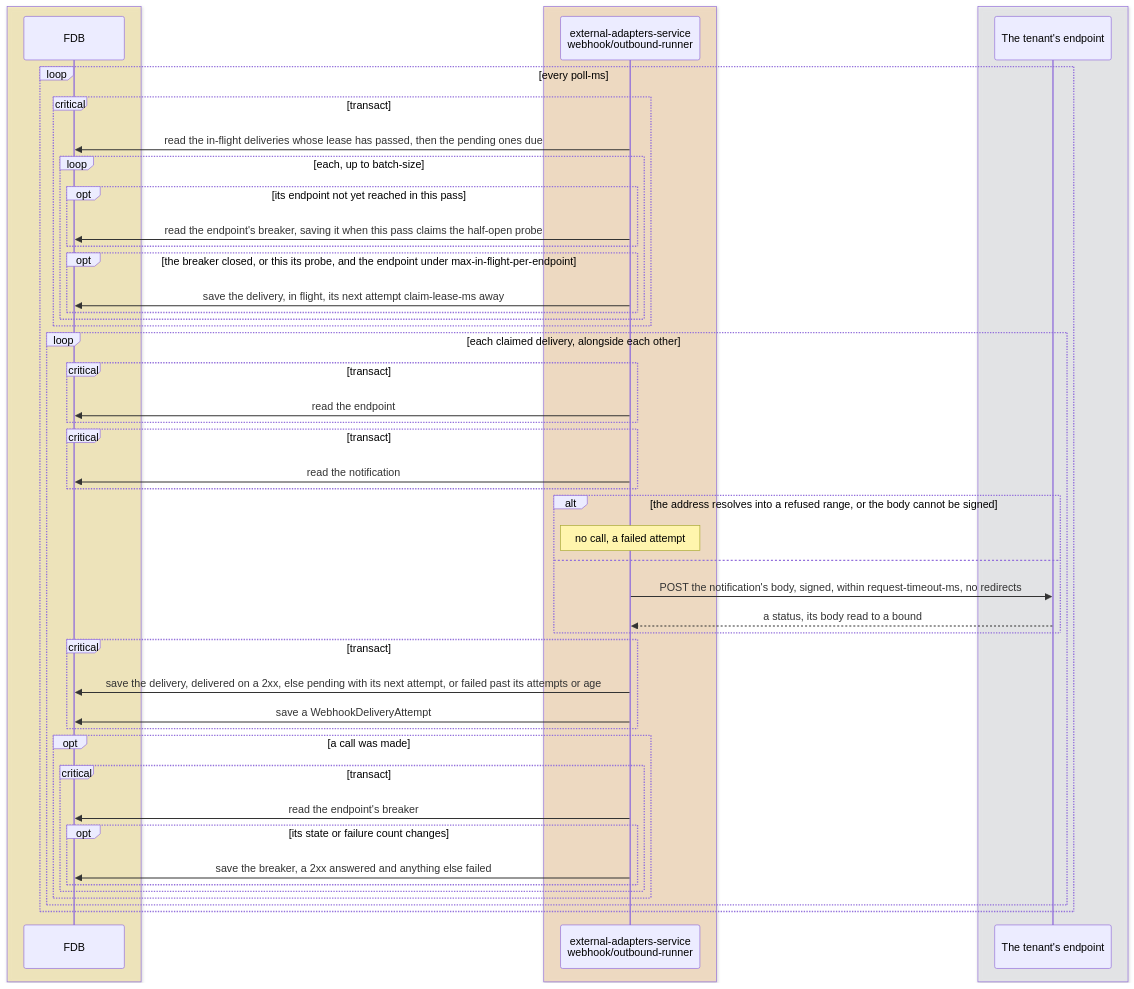
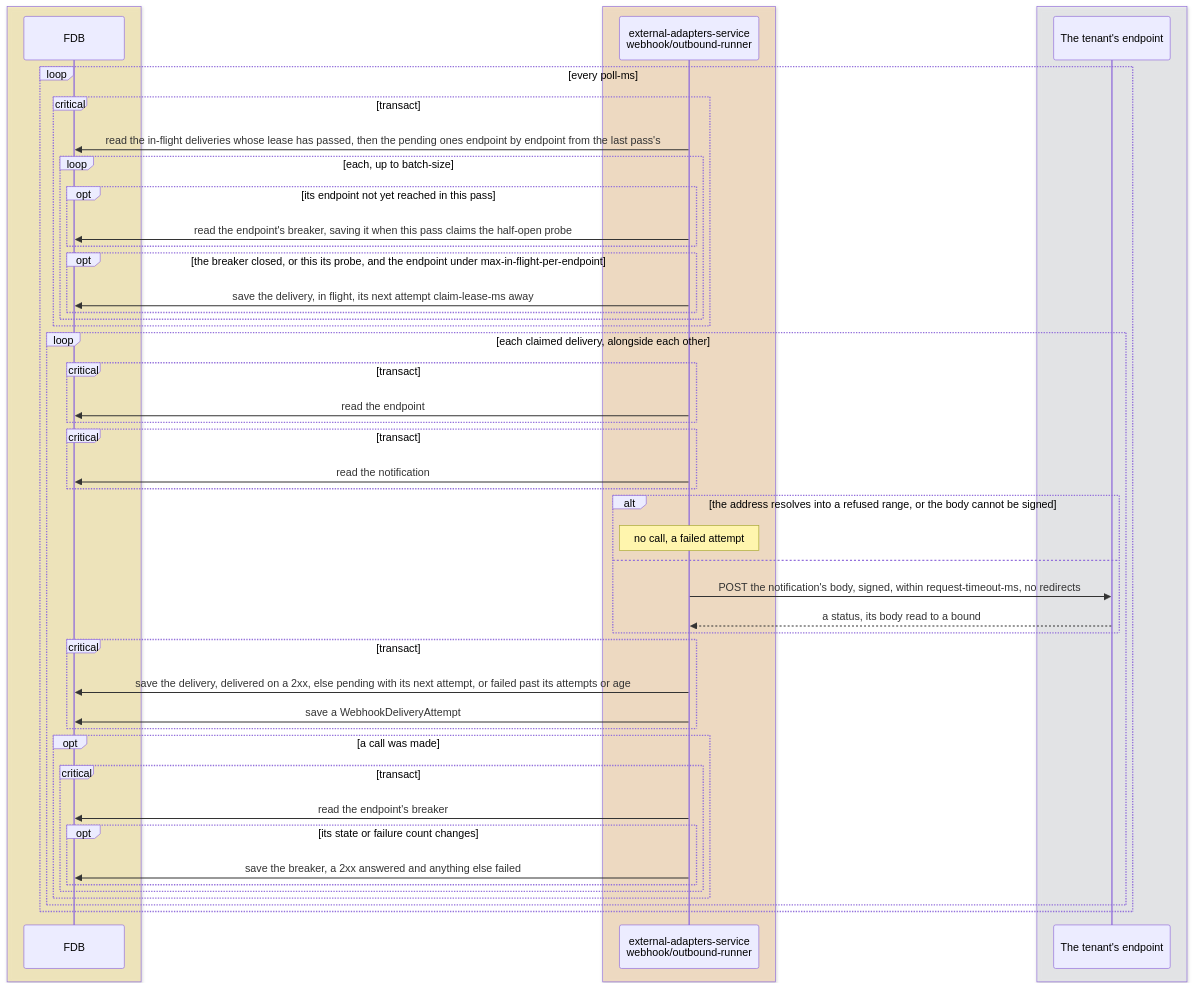
Before and after one commit to repldriven/queenswood: the third of 3 diagrams in docs/tdd/webhooks.md, drawn with Mermaid. The commit also changed other lines of this file and 27 other files, not shown here.

First line of the commit message:
Queue again only what failed, backfill in pages, limit test notifications, and claim webhook deliveries endpoint by endpoint (#890)

````diff
--- a/docs/tdd/webhooks.md
+++ b/docs/tdd/webhooks.md
@@ -504,51 +510,51 @@
 ```mermaid
 sequenceDiagram
     box rgba(255, 236, 153, 0.5)
     participant DB as FDB
     end
     box rgba(255, 216, 168, 0.5)
     participant WR as external-adapters-service<br/>webhook/outbound-runner
     end
     box rgba(233, 236, 239, 0.5)
     participant E as The tenant's endpoint
     end
     loop every poll-ms
     critical transact
-    WR->>DB: read the in-flight deliveries whose lease has passed, then the pending ones due
+    WR->>DB: read the in-flight deliveries whose lease has passed, then the pending ones endpoint by endpoint from the last pass's
     loop each, up to batch-size
     opt its endpoint not yet reached in this pass
     WR->>DB: read the endpoint's breaker, saving it when this pass claims the half-open probe
     end
     opt the breaker closed, or this its probe, and the endpoint under max-in-flight-per-endpoint
     WR->>DB: save the delivery, in flight, its next attempt claim-lease-ms away
     end
     end
     end
     loop each claimed delivery, alongside each other
     critical transact
     WR->>DB: read the endpoint
     end
     critical transact
     WR->>DB: read the notification
     end
     alt the address resolves into a refused range, or the body cannot be signed
     Note over WR: no call, a failed attempt
     else
     WR->>E: POST the notification's body, signed, within request-timeout-ms, no redirects
     E-->>WR: a status, its body read to a bound
     end
     critical transact
     WR->>DB: save the delivery, delivered on a 2xx, else pending with its next attempt, or failed past its attempts or age
     WR->>DB: save a WebhookDeliveryAttempt
     end
     opt a call was made
     critical transact
     WR->>DB: read the endpoint's breaker
     opt its state or failure count changes
     WR->>DB: save the breaker, a 2xx answered and anything else failed
     end
     end
     end
     end
     end
 ```
````
